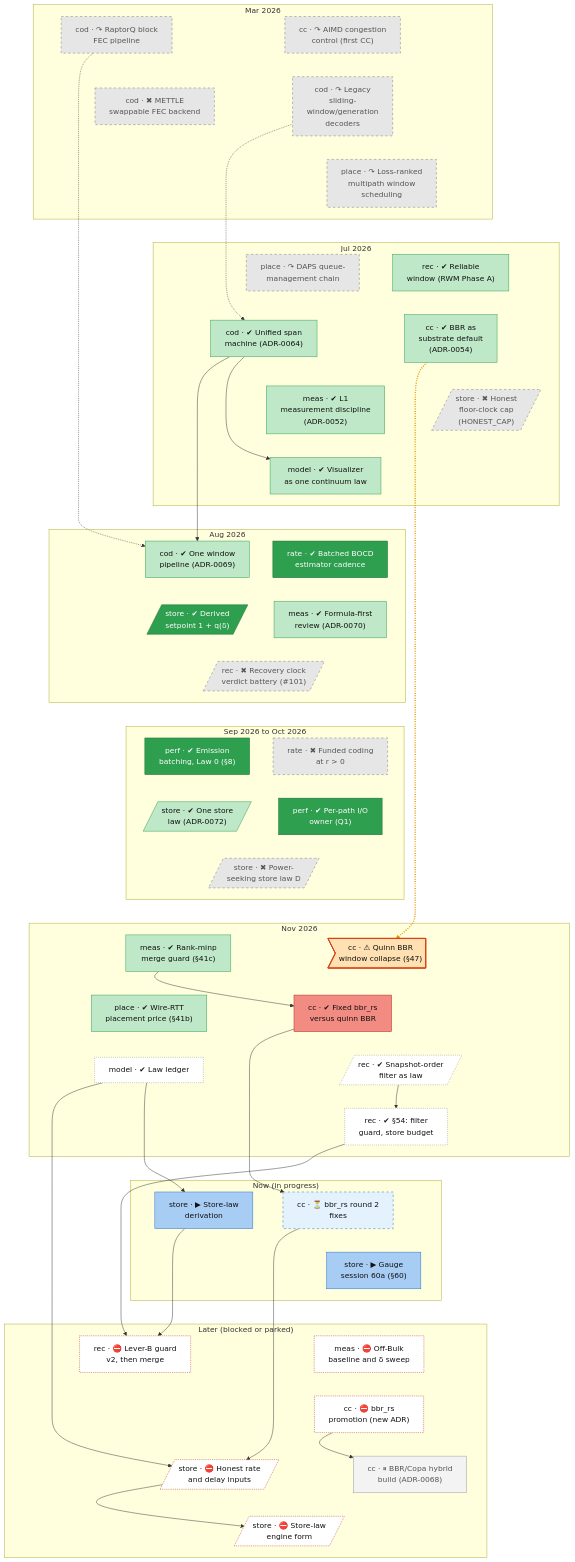
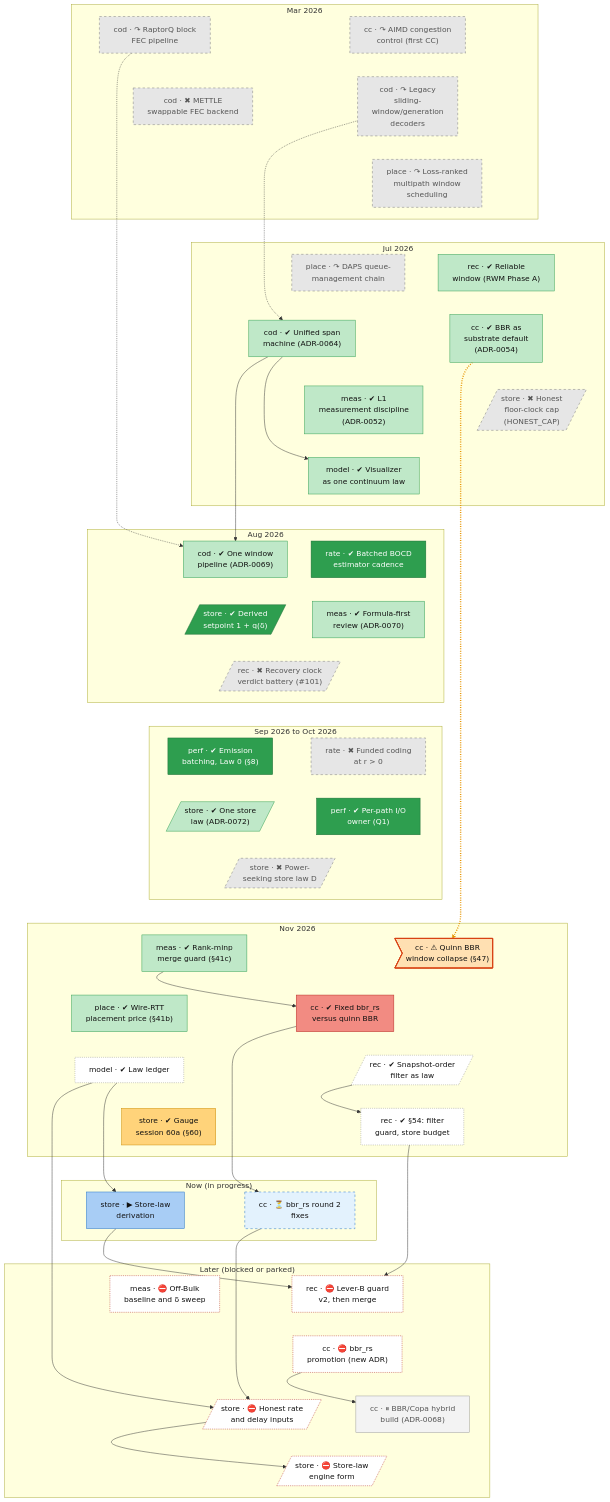
Before and after one commit to lhns/raptorpath: the second of 2 diagrams in docs/roadmap.md, drawn with Mermaid. The commit also changed other lines of this file and 17 other files, not shown here.

```diff
--- a/docs/roadmap.md
+++ b/docs/roadmap.md
@@ -135,11 +135,11 @@
         rec_snapver_law[/"rec · ✔ Snapshot-order<br/>filter as law"/]
         model_law_ledger["model · ✔ Law ledger"]
         rec_s54_session["rec · ✔ #167;54: filter<br/>guard, store budget"]
+        store_s60a["store · ✔ Gauge<br/>session 60a (#167;60)"]
     end
     subgraph bd_5["Now (in progress)"]
         cc_bbrrs_r2["cc · ⏳ bbr_rs round 2<br/>fixes"]
         store_law_derivation["store · ▶ Store-law<br/>derivation"]
-        store_s60a["store · ▶ Gauge<br/>session 60a (#167;60)"]
     end
     subgraph bd_6["Later (blocked or parked)"]
         rec_leverb_guard["rec · ⛔ Lever-B guard<br/>v2, then merge"]
@@ -180,13 +180,11 @@
     cc_bbrrs_r1 ~~~ rec_snapver_law
     place_wire_price ~~~ model_law_ledger
     rec_snapver_law ~~~ rec_s54_session
-    model_law_ledger ~~~ rec_s54_session
+    model_law_ledger ~~~ store_s60a
     rec_s54_session ~~~ cc_bbrrs_r2
-    rec_s54_session ~~~ store_law_derivation
-    cc_bbrrs_r2 ~~~ store_s60a
-    store_law_derivation ~~~ store_s60a
-    store_s60a ~~~ rec_leverb_guard
-    store_s60a ~~~ meas_s51_session
+    store_s60a ~~~ store_law_derivation
+    cc_bbrrs_r2 ~~~ rec_leverb_guard
+    store_law_derivation ~~~ meas_s51_session
     rec_leverb_guard ~~~ cc_bbrrs_promote
     meas_s51_session ~~~ cc_bbrrs_promote
     cc_bbrrs_promote ~~~ cc_hybrid
@@ -208,7 +206,7 @@
     model_law_ledger --> store_fix_maxbw_minrtt
     cc_bbrrs_r2 --> store_fix_maxbw_minrtt
     store_fix_maxbw_minrtt --> store_engine_form_impl
-    linkStyle 46 stroke:#e69500,stroke-width:3px,stroke-dasharray:2 3
+    linkStyle 44 stroke:#e69500,stroke-width:3px,stroke-dasharray:2 3
     classDef vsucc fill:#2e9e4f,stroke:#1b6b34,color:#fff
     classDef succ fill:#bfe8c8,stroke:#2e9e4f,color:#111
     classDef mixed fill:#ffd37a,stroke:#c98a00,color:#111
@@ -226,7 +224,8 @@
     class cod_unified_span,cod_one_pipeline,rec_reliable_window,store_adr72_one_law,place_wire_price,cc_bbr_default,meas_adr52_discipline,meas_formula_first,meas_guard_41c,model_vis_continuum succ
     class rec_snapver_law,model_law_ledger,rec_s54_session unrated
     class rate_est_cadence,store_delta_cap,perf_emit_batch_law0,perf_io_owner vsucc
-    class store_law_derivation,store_s60a inprog
+    class store_law_derivation inprog
+    class store_s60a mixed
     class cc_quinn_bbr_collapse defect
     class cc_bbrrs_r1 bad
     class cc_bbrrs_r2 waiting
```
